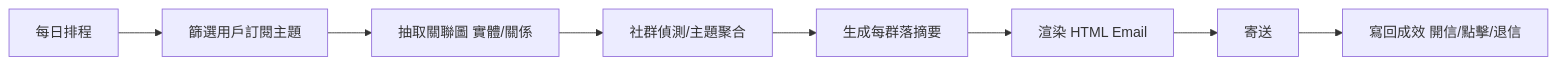
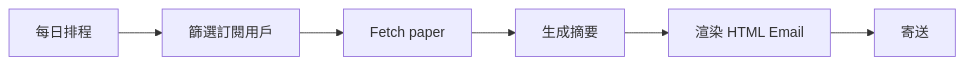
One commit to a920604a/llm-assistant changed the diagram in docs/subscription.md. Above: the diagram before and after it, drawn with Mermaid. The commit also changed 5 other files, not shown here.

````diff
--- a/docs/subscription.md
+++ b/docs/subscription.md
@@ -2,10 +2,8 @@
 ```mermaid
 flowchart LR
-  S[每日排程] --> F[篩選用戶訂閱主題]
-  F --> G[抽取關聯圖 實體/關係]
-  G --> H[社群偵測/主題聚合]
-  H --> R[生成每群落摘要]
+  S[每日排程] --> F[篩選訂閱用戶]
+  F --> G[Fetch paper]
+  G --> R[生成摘要]
   R --> E[渲染 HTML Email]
   E --> M[寄送]
-  M --> L[寫回成效 開信/點擊/退信]
 ```
````
